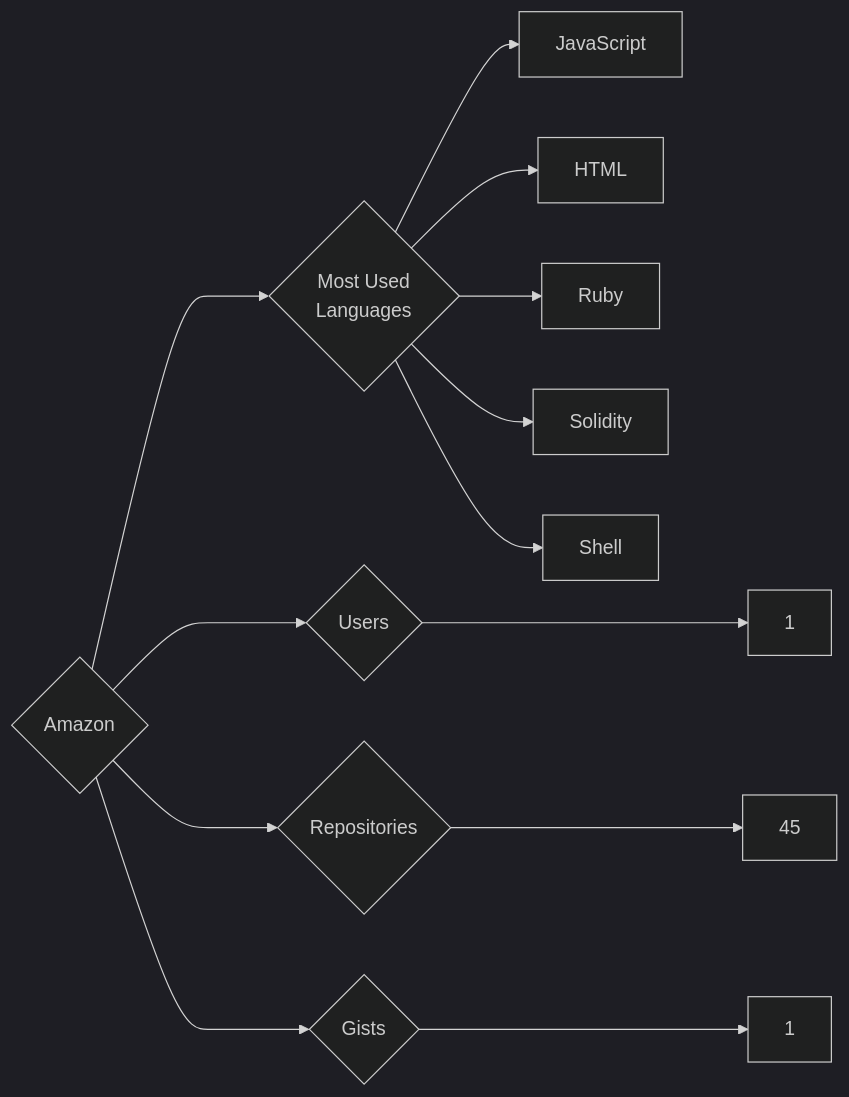
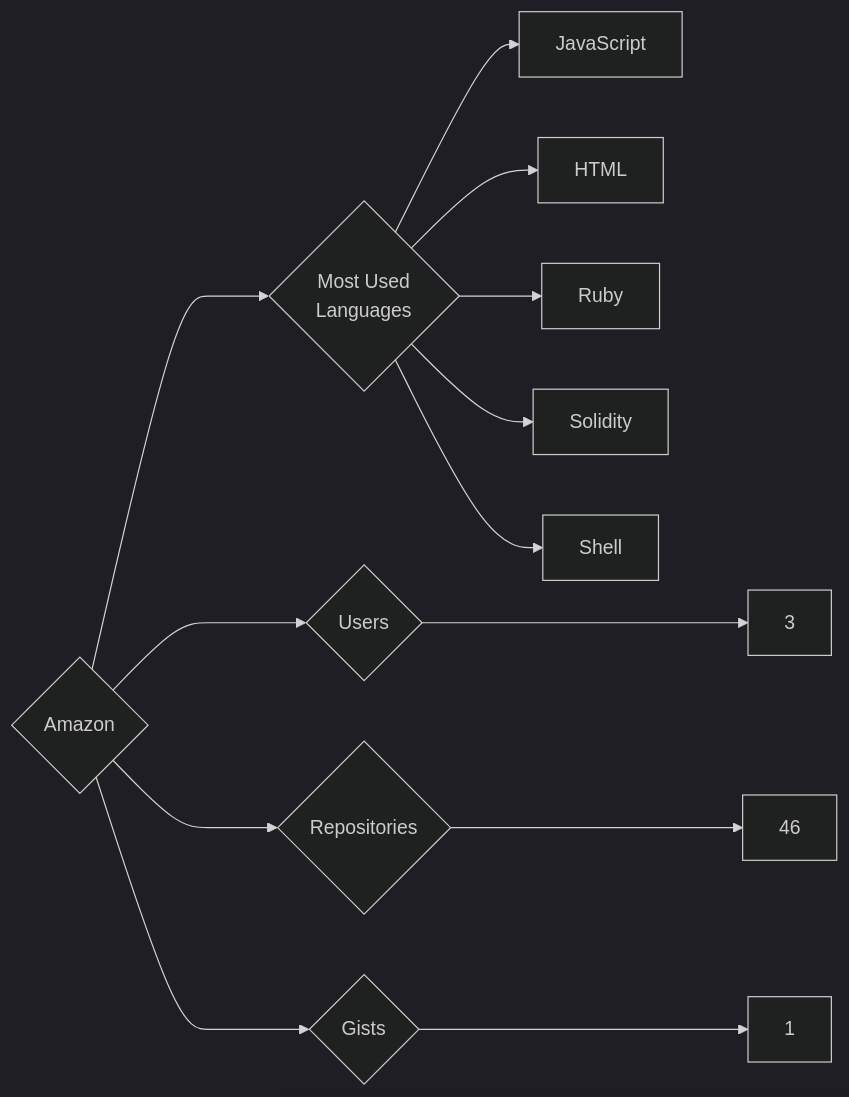
One commit to trickest/insiders changed the diagram in targets/Amazon/README.md. Above: the diagram before and after it, drawn with Mermaid (dark theme). The commit also changed 676 other files, not shown here.

````diff
--- a/targets/Amazon/README.md
+++ b/targets/Amazon/README.md
@@ -3,13 +3,13 @@
 ```mermaid
 graph LR
 COMPANY_NAME{Amazon}
-COMPANY_NAME ---> U{Users} ---> UN[1]
-COMPANY_NAME ---> R{Repositories} ---> RN[45]
+COMPANY_NAME ---> U{Users} ---> UN[3]
+COMPANY_NAME ---> R{Repositories} ---> RN[46]
 COMPANY_NAME ---> G{Gists} ---> GN[1]
 COMPANY_NAME ---> ML{Most Used<br>Languages}
 ML --> JavaScript[JavaScript]
 ML --> HTML[HTML]
 ML --> Ruby[Ruby]
 ML --> Solidity[Solidity]
 ML --> Shell[Shell]
 ```
````
